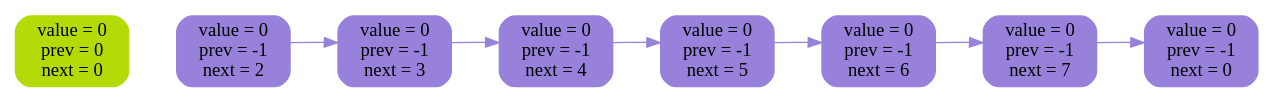
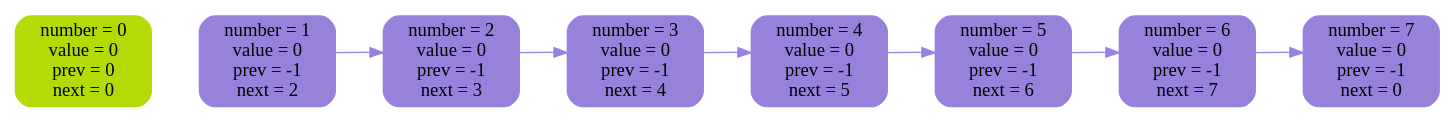
The diagram in list_log/img/1.dot (2210223t-lang/2-linked-list), drawn with Graphviz before and after one commit. The commit also changed 16 other files, not shown here.

```diff
--- a/list_log/img/1.dot
+++ b/list_log/img/1.dot
@@ -1,24 +1,24 @@
 digraph {
 rankdir = LR
-n0 [ label = "value = 0\nprev = 0\nnext = 0", shape = Mrecord, fontsize = 14,style = filled, color = "#b4da08" ]
-n1 [ label = "value = 0\nprev = -1\nnext = 2", shape = Mrecord, fontsize = 14,style = filled, color = "#9781db" ]
-n2 [ label = "value = 0\nprev = -1\nnext = 3", shape = Mrecord, fontsize = 14,style = filled, color = "#9781db" ]
-n3 [ label = "value = 0\nprev = -1\nnext = 4", shape = Mrecord, fontsize = 14,style = filled, color = "#9781db" ]
-n4 [ label = "value = 0\nprev = -1\nnext = 5", shape = Mrecord, fontsize = 14,style = filled, color = "#9781db" ]
-n5 [ label = "value = 0\nprev = -1\nnext = 6", shape = Mrecord, fontsize = 14,style = filled, color = "#9781db" ]
-n6 [ label = "value = 0\nprev = -1\nnext = 7", shape = Mrecord, fontsize = 14,style = filled, color = "#9781db" ]
-n7 [ label = "value = 0\nprev = -1\nnext = 0", shape = Mrecord, fontsize = 14,style = filled, color = "#9781db" ]
+n0 [ label = "number = 0\nvalue = 0\nprev = 0\nnext = 0", shape = Mrecord, fontsize = 14,style = filled, color = "#b4da08" ]
+n1 [ label = "number = 1\nvalue = 0\nprev = -1\nnext = 2", shape = Mrecord, fontsize = 14,style = filled, color = "#9781db" ]
+n2 [ label = "number = 2\nvalue = 0\nprev = -1\nnext = 3", shape = Mrecord, fontsize = 14,style = filled, color = "#9781db" ]
+n3 [ label = "number = 3\nvalue = 0\nprev = -1\nnext = 4", shape = Mrecord, fontsize = 14,style = filled, color = "#9781db" ]
+n4 [ label = "number = 4\nvalue = 0\nprev = -1\nnext = 5", shape = Mrecord, fontsize = 14,style = filled, color = "#9781db" ]
+n5 [ label = "number = 5\nvalue = 0\nprev = -1\nnext = 6", shape = Mrecord, fontsize = 14,style = filled, color = "#9781db" ]
+n6 [ label = "number = 6\nvalue = 0\nprev = -1\nnext = 7", shape = Mrecord, fontsize = 14,style = filled, color = "#9781db" ]
+n7 [ label = "number = 7\nvalue = 0\nprev = -1\nnext = 0", shape = Mrecord, fontsize = 14,style = filled, color = "#9781db" ]
 n0 -> n1 [ style = invis, weight = 100 ]
 n1 -> n2 [ style = invis, weight = 100 ]
 n2 -> n3 [ style = invis, weight = 100 ]
 n3 -> n4 [ style = invis, weight = 100 ]
 n4 -> n5 [ style = invis, weight = 100 ]
 n5 -> n6 [ style = invis, weight = 100 ]
 n6 -> n7 [ style = invis, weight = 100 ]
 n1 -> n2 [style = filled, color = "#9781db" ]
 n2 -> n3 [style = filled, color = "#9781db" ]
 n3 -> n4 [style = filled, color = "#9781db" ]
 n4 -> n5 [style = filled, color = "#9781db" ]
 n5 -> n6 [style = filled, color = "#9781db" ]
 n6 -> n7 [style = filled, color = "#9781db" ]
 }
```
